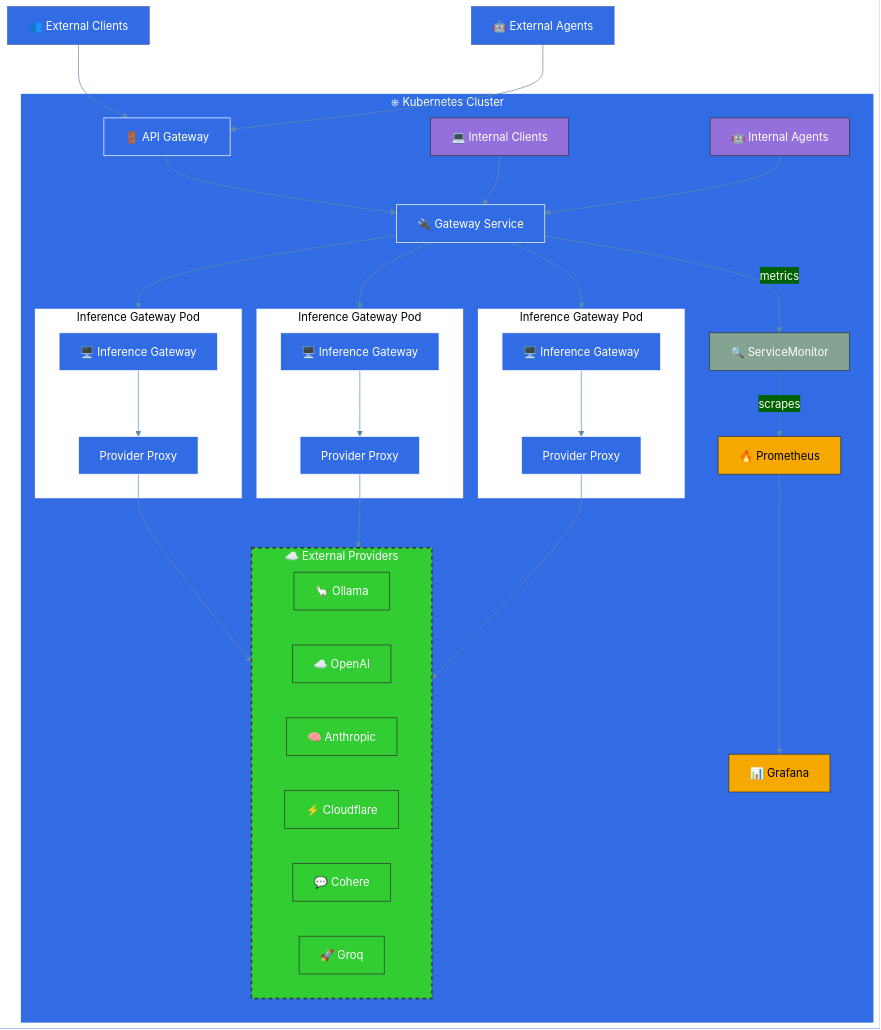
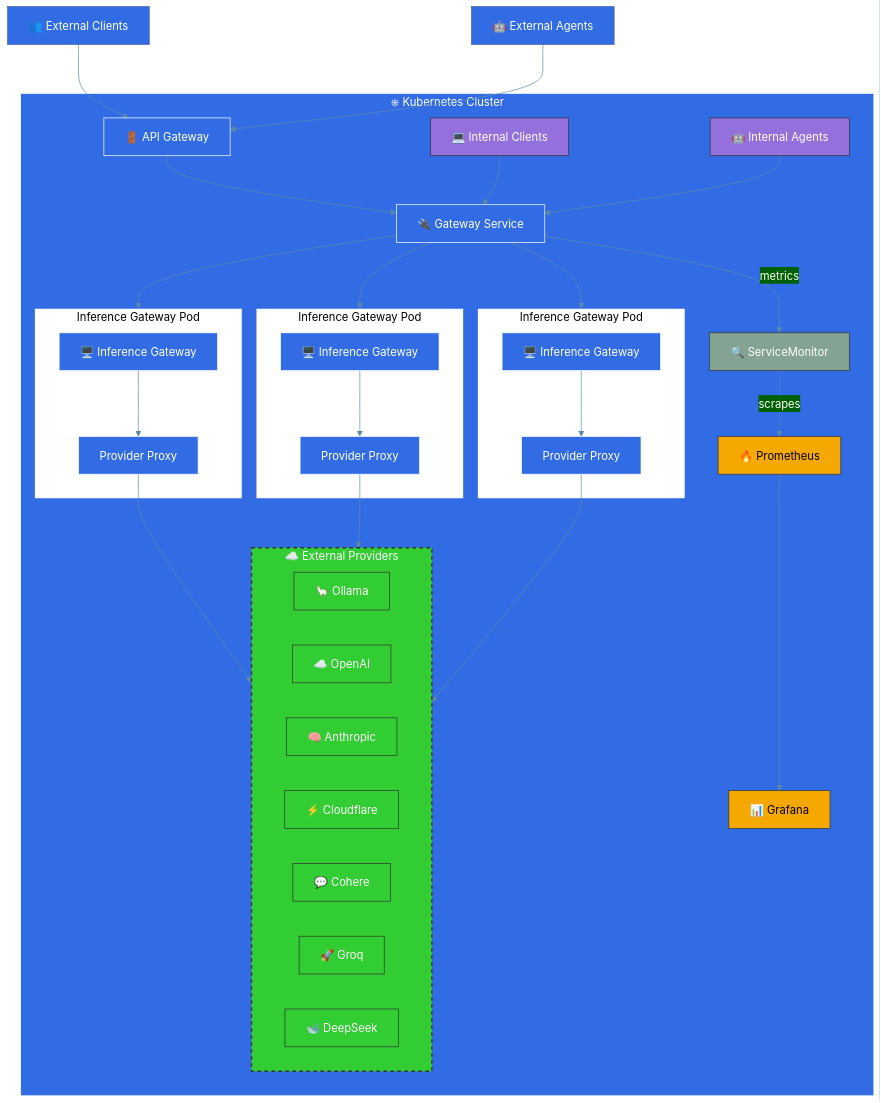
Before and after one commit to inference-gateway/docs: the second of 2 diagrams in markdown/architecture-overview.mdx, drawn with Mermaid. The commit also changed other lines of this file and 4 other files, not shown here.

Commit message:
docs: Add DeepSeek as a supported LLM provider in documentation

````diff
--- a/markdown/architecture-overview.mdx
+++ b/markdown/architecture-overview.mdx
@@ -50,77 +51,78 @@
 ```mermaid
 %%{init: {'theme': 'base', 'themeVariables': { 'primaryColor': '#326CE5', 'primaryTextColor': '#fff', 'lineColor': '#5D8AA8', 'secondaryColor': '#006100' }, 'fontFamily': 'Arial', 'flowchart': {'nodeSpacing': 50, 'rankSpacing': 70, 'padding': 15}}}%%
 
 graph TD
     %% External Clients
     Clients["👥 External Clients"] --> Ingress
     Agents["🤖 External Agents"] --> Ingress
     
     %% Define Kubernetes border
     subgraph Kubernetes["⎈ Kubernetes Cluster"]
         %% Ingress/API Gateway
         Ingress["🚪 API Gateway"] --> Service
         
         %% Internal Clients
         InternalClients["💻 Internal Clients"] --> Service
         InternalAgents["🤖 Internal Agents"] --> Service
         
         %% Service Discovery
         Service["🔌 Gateway Service"] --> Pod1
         Service --> Pod2
         Service --> Pod3
         
         %% Pods
         subgraph Pod1["Inference Gateway Pod"]
             IG1["🖥️ Inference Gateway"]
             IG1 --> PG1["Provider Proxy"]
         end
         
         subgraph Pod2["Inference Gateway Pod"]
             IG2["🖥️ Inference Gateway"]
             IG2 --> PG2["Provider Proxy"]
         end
         
         subgraph Pod3["Inference Gateway Pod"]
             IG3["🖥️ Inference Gateway"]
             IG3 --> PG3["Provider Proxy"]
         end
         
         %% Monitoring Stack with ServiceMonitor
         Service --> |metrics| SM["🔍 ServiceMonitor"]
         SM -.->|scrapes| Prometheus["🔥 Prometheus"]
         Prometheus --> Grafana["📊 Grafana"]
         
         %% Connection to External Providers
         PG1 & PG2 & PG3 --> ExternalProviders
         
         %% External Providers placed inside K8s subgraph but visually separate
         subgraph ExternalProviders["☁️ External Providers"]
             Ext1["🦙 Ollama"]
             Ext2["☁️ OpenAI"]
             Ext3["🧠 Anthropic"]
             Ext4["⚡ Cloudflare"]
             Ext5["💬 Cohere"]
             Ext6["🚀 Groq"]
+            Ext7["🐋 DeepSeek"]
         end
     end
     
     %% Define styles
     classDef k8s fill:#326CE5,stroke:#fff,stroke-width:1px,color:white;
     classDef pod fill:#FFFFFF,stroke:#326CE5,stroke-width:1px,color:black;
     classDef monitoring fill:#F5A800,stroke:#333,stroke-width:1px,color:black;
     classDef externalSvc fill:#32CD32,stroke:#333,stroke-width:1px,color:white;
     classDef service fill:#326CE5,stroke:#fff,stroke-width:1px,color:white;
     classDef monitor fill:#84a392,stroke:#333,stroke-width:1px,color:white;
     classDef internalClient fill:#9370DB,stroke:#333,stroke-width:1px,color:white;
     classDef extProviders fill:#32CD32,stroke:#333,stroke-width:2px,color:white,stroke-dasharray:5;
     
     %% Apply styles
     class Kubernetes,Ingress,Service k8s;
     class Pod1,Pod2,Pod3 pod;
     class Prometheus,Grafana monitoring;
     class SM monitor;
-    class Ext1,Ext2,Ext3,Ext4,Ext5,Ext6 externalSvc;
+    class Ext1,Ext2,Ext3,Ext4,Ext5,Ext6,Ext7 externalSvc;
     class IG1,IG2,IG3,PG1,PG2,PG3 service;
     class InternalClients,InternalAgents internalClient;
     class ExternalProviders extProviders;
 ```
````
